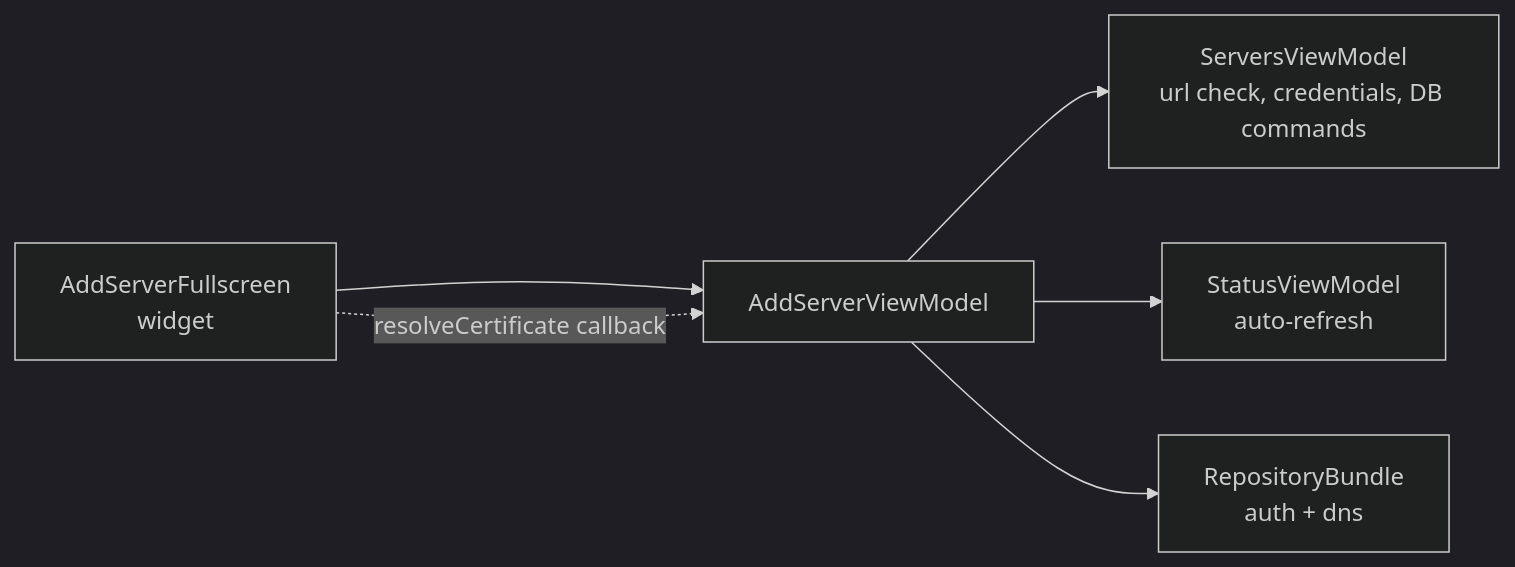
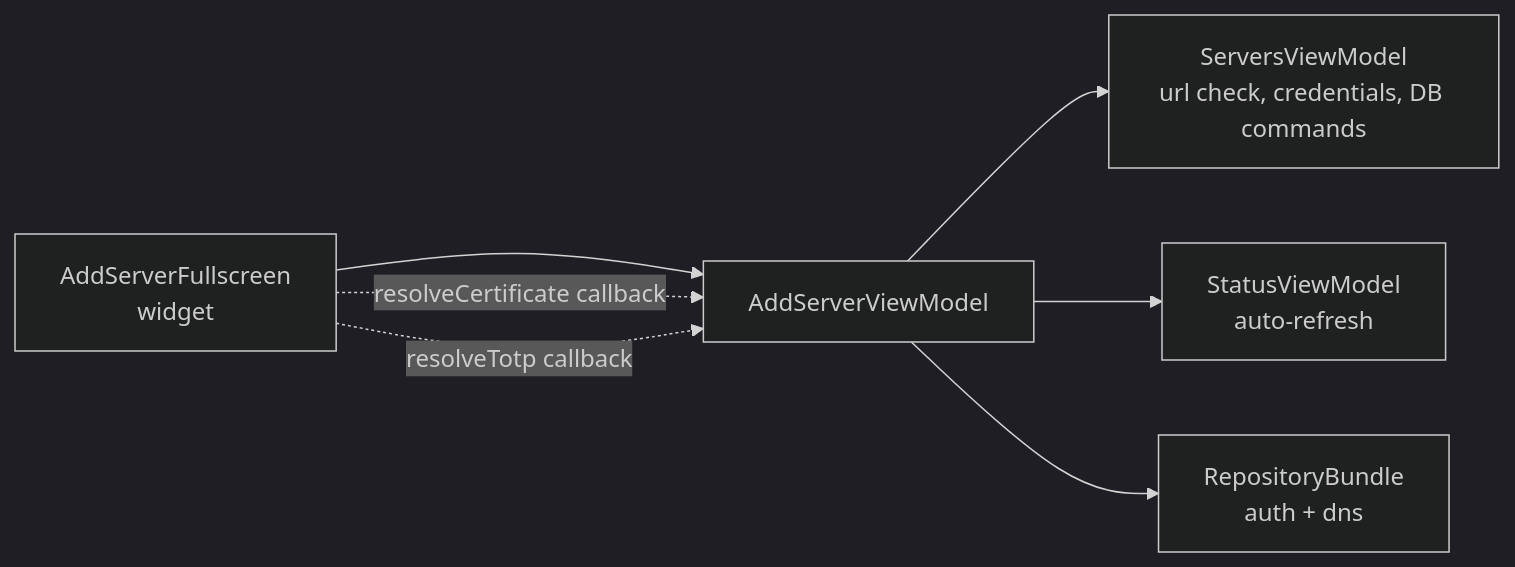
One commit to tsutsu3/pi-hole-client changed the first of 7 diagrams in docs/server-connection-flow.md. Above: the diagram before and after it, drawn with Mermaid (dark theme). The commit also changed other lines of this file and 57 other files, not shown here.

````diff
--- a/docs/server-connection-flow.md
+++ b/docs/server-connection-flow.md
@@ -17,8 +21,9 @@
 ```mermaid
 flowchart LR
   W[AddServerFullscreen<br/>widget] --> VM[AddServerViewModel]
   VM --> SV[ServersViewModel<br/>url check, credentials, DB commands]
   VM --> ST[StatusViewModel<br/>auto-refresh]
   VM --> B[RepositoryBundle<br/>auth + dns]
   W -. resolveCertificate callback .-> VM
+  W -. resolveTotp callback .-> VM
 ```
````
